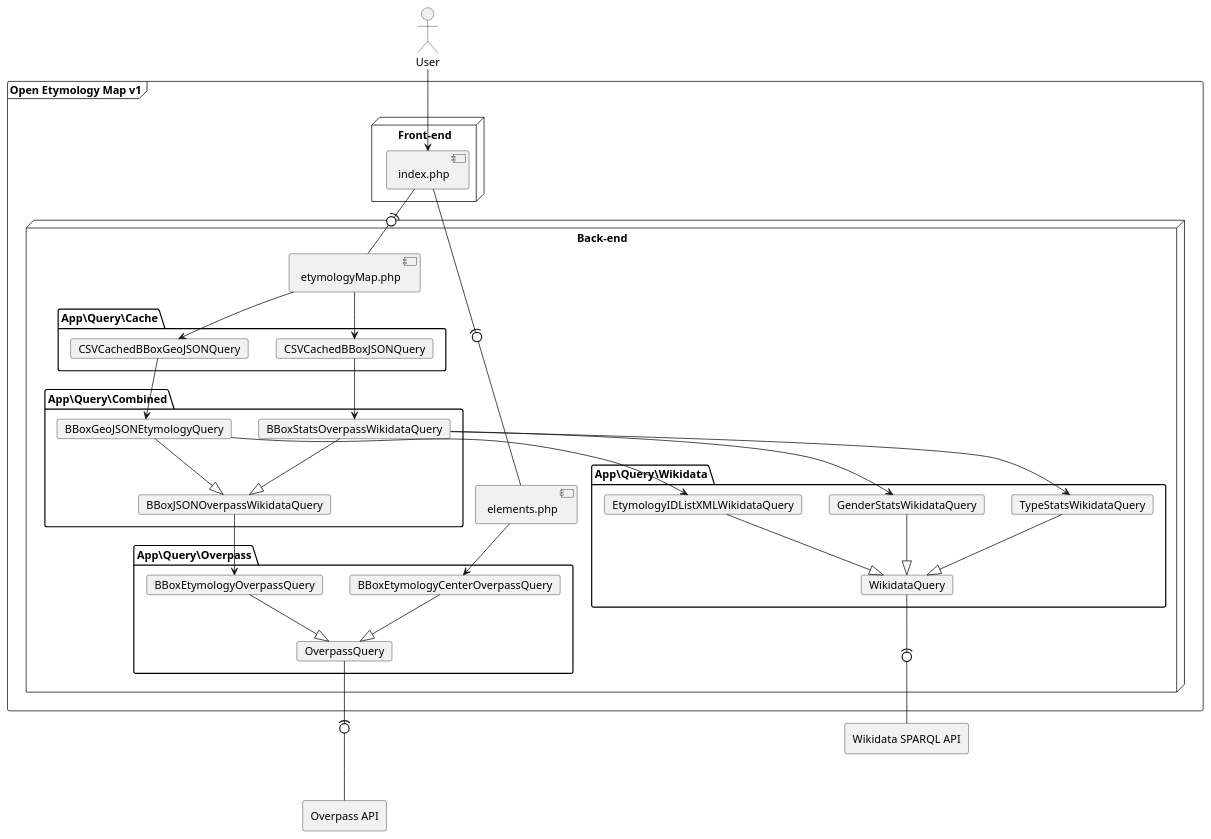
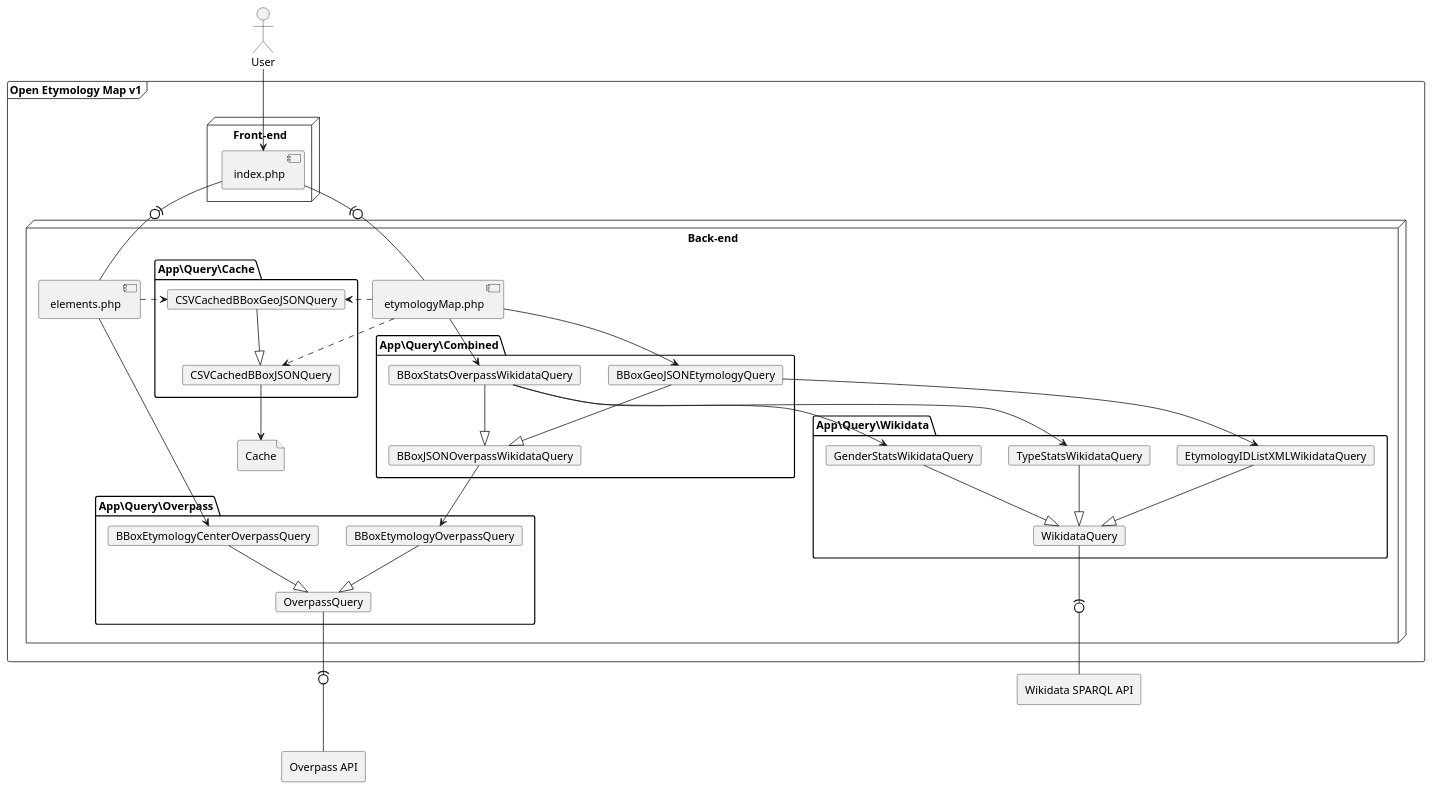
One commit to Danysan1/osm-wikidata-map-framework changed the third of 3 diagrams in CONTRIBUTING.md. Above: the diagram before and after it, drawn with PlantUML.

Commit message:
Improve CONTRIBUTING

````diff
--- a/CONTRIBUTING.md
+++ b/CONTRIBUTING.md
@@ -277,66 +277,71 @@
 ```plantuml
 @startuml oem_v1
 actor user as "User"
 frame oem as "Open Etymology Map v1" {
     node "Front-end" {
         component index as "index.php"
     }
     node "Back-end" {
+        file cache as "Cache"
         component etymologyMap as "etymologyMap.php"
         component elements as "elements.php"
         package "App\Query\Cache" {
             card CSVCachedBBoxGeoJSONQuery
             card CSVCachedBBoxJSONQuery
         }
         package "App\Query\Combined" {
             card BBoxGeoJSONEtymologyQuery
             card BBoxStatsOverpassWikidataQuery
             card BBoxJSONOverpassWikidataQuery
         }
         package "App\Query\Wikidata" {
             card WikidataQuery
             card EtymologyIDListXMLWikidataQuery
             card TypeStatsWikidataQuery
             card GenderStatsWikidataQuery
         }
         package "App\Query\Overpass" {
             card OverpassQuery
             card BBoxEtymologyOverpassQuery
             card BBoxEtymologyCenterOverpassQuery
         }
     }
 }
 agent overpass as "Overpass API"
 agent wikidata as "Wikidata SPARQL API"
 
 user --> index
 index -(0- etymologyMap
 index -(0- elements
 
-etymologyMap --> CSVCachedBBoxGeoJSONQuery
-etymologyMap --> CSVCachedBBoxJSONQuery
+etymologyMap  .> CSVCachedBBoxJSONQuery
+etymologyMap  .> CSVCachedBBoxGeoJSONQuery
+elements .> CSVCachedBBoxGeoJSONQuery
+CSVCachedBBoxGeoJSONQuery --|> CSVCachedBBoxJSONQuery
+CSVCachedBBoxJSONQuery --> cache
+
 elements --> BBoxEtymologyCenterOverpassQuery
 
-CSVCachedBBoxGeoJSONQuery --> BBoxGeoJSONEtymologyQuery
-CSVCachedBBoxJSONQuery --> BBoxStatsOverpassWikidataQuery
+etymologyMap --> BBoxGeoJSONEtymologyQuery
+etymologyMap --> BBoxStatsOverpassWikidataQuery
 
-BBoxGeoJSONEtymologyQuery --^ BBoxJSONOverpassWikidataQuery
-BBoxStatsOverpassWikidataQuery --^ BBoxJSONOverpassWikidataQuery
+BBoxGeoJSONEtymologyQuery --|> BBoxJSONOverpassWikidataQuery
+BBoxStatsOverpassWikidataQuery --|> BBoxJSONOverpassWikidataQuery
 
-BBoxEtymologyOverpassQuery --^ OverpassQuery
-BBoxEtymologyCenterOverpassQuery --^ OverpassQuery
+BBoxEtymologyOverpassQuery --|> OverpassQuery
+BBoxEtymologyCenterOverpassQuery --|> OverpassQuery
 
-EtymologyIDListXMLWikidataQuery --^ WikidataQuery
-TypeStatsWikidataQuery --^ WikidataQuery
-GenderStatsWikidataQuery --^ WikidataQuery
+EtymologyIDListXMLWikidataQuery --|> WikidataQuery
+TypeStatsWikidataQuery --|> WikidataQuery
+GenderStatsWikidataQuery --|> WikidataQuery
 
 BBoxJSONOverpassWikidataQuery --> BBoxEtymologyOverpassQuery
 BBoxGeoJSONEtymologyQuery --> EtymologyIDListXMLWikidataQuery
 BBoxStatsOverpassWikidataQuery --> GenderStatsWikidataQuery
 BBoxStatsOverpassWikidataQuery --> TypeStatsWikidataQuery
 
 OverpassQuery --(0- overpass
 WikidataQuery --(0- wikidata
 
 @enduml
 ```
````
